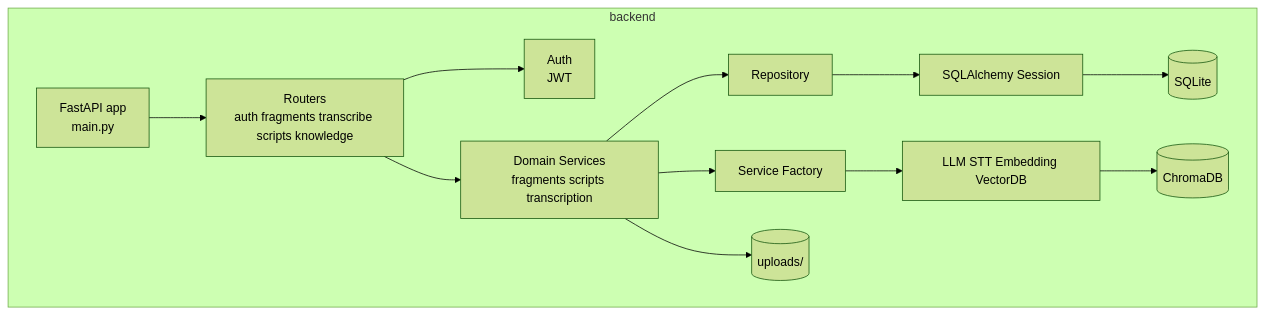
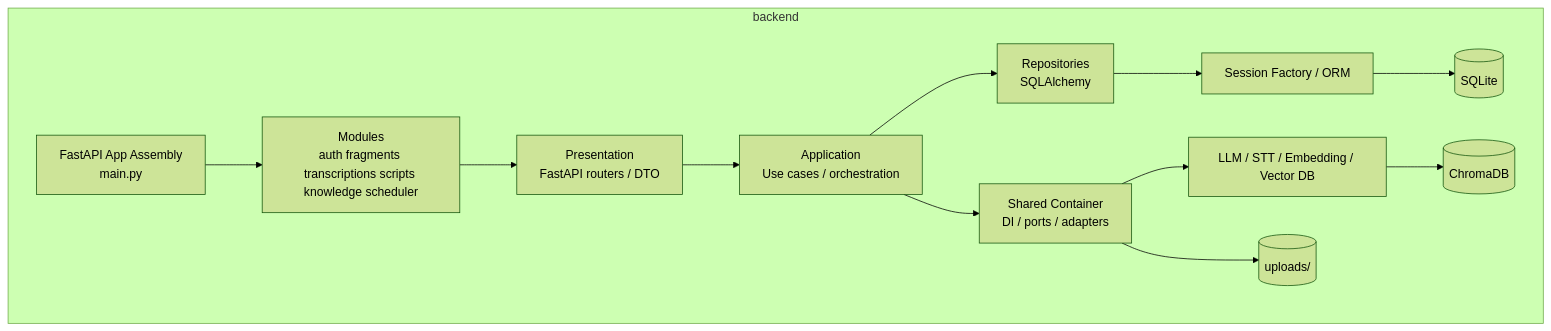
One commit to YCZA2/SparkFlow changed the third of 7 diagrams in memory-bank/architecture.md. Above: the diagram before and after it, drawn with Mermaid (forest theme). The commit also changed other lines of this file and 31 other files, not shown here.

````diff
--- a/memory-bank/architecture.md
+++ b/memory-bank/architecture.md
@@ -80,27 +80,27 @@
 ```mermaid
 flowchart TD
     subgraph Backend[backend]
-        MAIN[FastAPI app<br>main.py]
-        R[Routers<br>auth fragments transcribe scripts knowledge]
-        AUTH[Auth<br>JWT]
-        DOM[Domain Services<br>fragments scripts transcription]
-        REPO[Repository]
-        FACTORY[Service Factory]
-        EXT[LLM STT Embedding VectorDB]
-        ORM[SQLAlchemy Session]
+        MAIN[FastAPI App Assembly<br>main.py]
+        MOD[Modules<br>auth fragments transcriptions scripts knowledge scheduler]
+        PRE[Presentation<br>FastAPI routers / DTO]
+        APP[Application<br>Use cases / orchestration]
+        SHR[Shared Container<br>DI / ports / adapters]
+        REPO[Repositories<br>SQLAlchemy]
+        ORM[Session Factory / ORM]
         DB[(SQLite)]
         FILES[(uploads/)]
+        EXT[LLM / STT / Embedding / Vector DB]
         CHROMA[(ChromaDB)]
     end
 
-    MAIN --> R
-    R --> AUTH
-    R --> DOM
-    DOM --> REPO
-    DOM --> FACTORY
+    MAIN --> MOD
+    MOD --> PRE
+    PRE --> APP
+    APP --> REPO
+    APP --> SHR
+    SHR --> EXT
     REPO --> ORM
     ORM --> DB
-    DOM --> FILES
-    FACTORY --> EXT
+    SHR --> FILES
     EXT --> CHROMA
 ```
````
